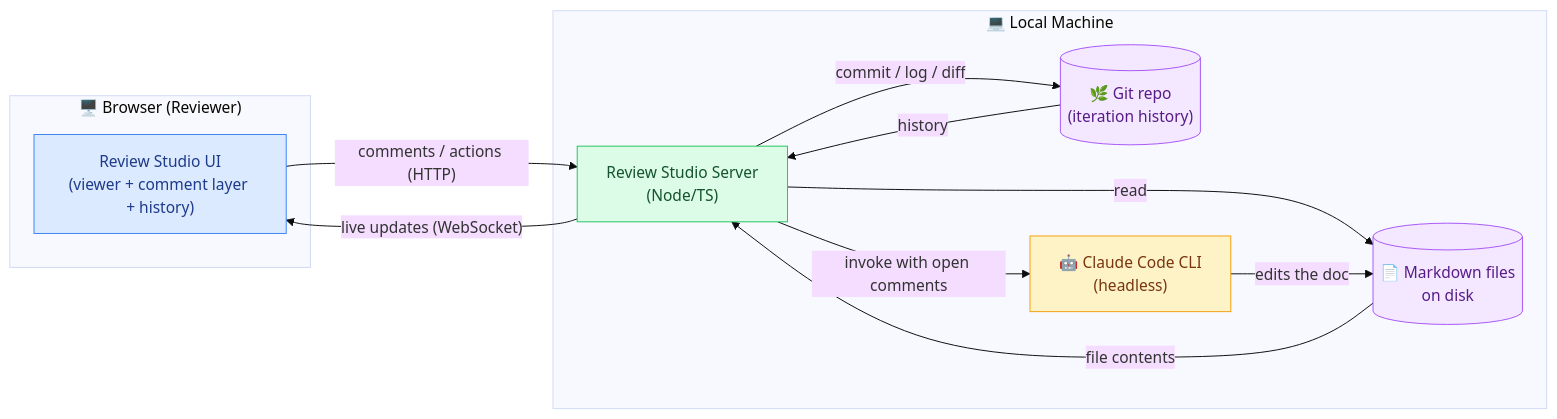
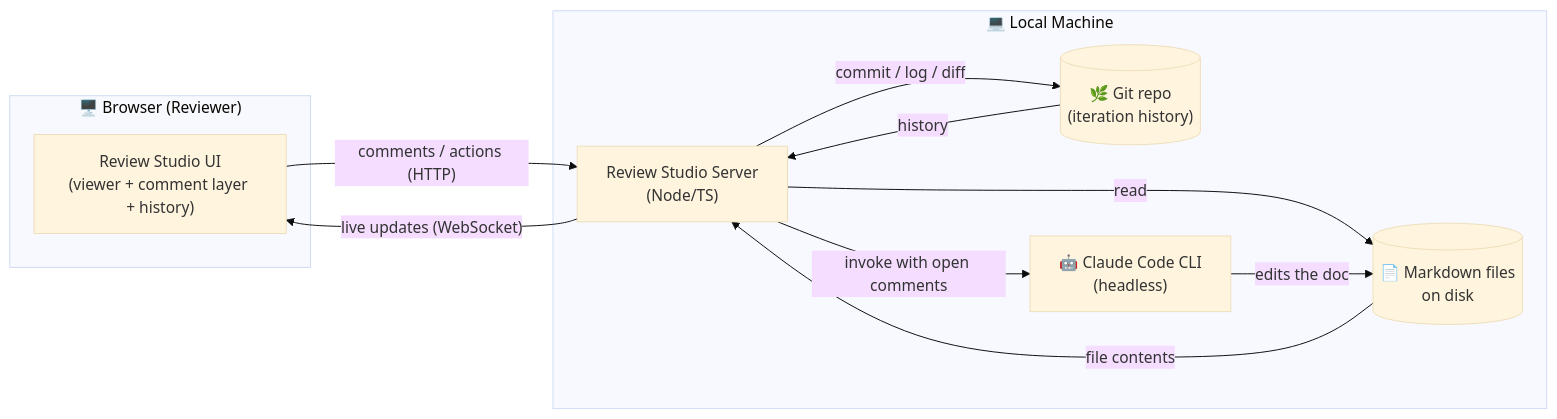
One commit to omars-lab/omars-lab.github.io changed the first of 15 diagrams in bytesofpurpose-blog/designs/2026-06-22-markdown-review-studio.mdx. Above: the diagram before and after it, drawn with Mermaid (base theme). The commit also changed other lines of this file and 6 other files, not shown here.

First line of the commit message:
feat(designs): on-brand mermaid theme + dark-mode-adaptive diagrams

````diff
--- a/bytesofpurpose-blog/designs/2026-06-22-markdown-review-studio.mdx
+++ b/bytesofpurpose-blog/designs/2026-06-22-markdown-review-studio.mdx
@@ -78,32 +78,24 @@
 ```mermaid
 %% animate: flow
 graph LR
     subgraph browser["🖥️ Browser (Reviewer)"]
         UI["Review Studio UI<br/>(viewer + comment layer + history)"]
     end
 
     subgraph local["💻 Local Machine"]
         SRV["Review Studio Server<br/>(Node/TS)"]
         FS[("📄 Markdown files<br/>on disk")]
         GIT[("🌿 Git repo<br/>(iteration history)")]
         CC["🤖 Claude Code CLI<br/>(headless)"]
     end
 
     UI -->|"comments / actions (HTTP)"| SRV
     SRV -->|"live updates (WebSocket)"| UI
     SRV -->|"read"| FS
     FS -->|"file contents"| SRV
     SRV -->|"commit / log / diff"| GIT
     GIT -->|"history"| SRV
     SRV -->|"invoke with open comments"| CC
     CC -->|"edits the doc"| FS
 
-    classDef ui fill:#dbeafe,stroke:#3b82f6,color:#1e3a8a
-    classDef srv fill:#dcfce7,stroke:#22c55e,color:#14532d
-    classDef agent fill:#fef3c7,stroke:#f59e0b,color:#78350f
-    classDef store fill:#f3e8ff,stroke:#a855f7,color:#581c87
-    class UI ui
-    class SRV srv
-    class CC agent
-    class FS,GIT store
 ```
````
